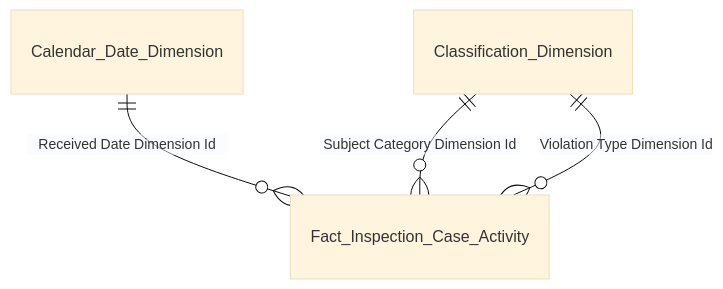
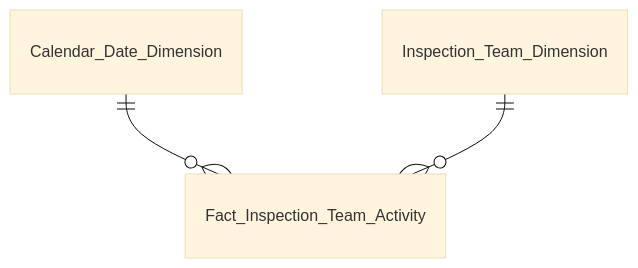
One commit to linhlvit/ubck_atomic_design changed the first of 8 diagrams in Datamart/hld/DTM_TT_Entities.md. Above: the diagram before and after it, drawn with Mermaid (base theme). The commit also changed other lines of this file and 41 other files, not shown here.

````diff
--- a/Datamart/hld/DTM_TT_Entities.md
+++ b/Datamart/hld/DTM_TT_Entities.md
@@ -15,6 +9,5 @@
 ```mermaid
 erDiagram
-    Calendar_Date_Dimension ||--o{ Fact_Inspection_Case_Activity : "Received Date Dimension Id"
-    Classification_Dimension ||--o{ Fact_Inspection_Case_Activity : "Subject Category Dimension Id"
-    Classification_Dimension ||--o{ Fact_Inspection_Case_Activity : "Violation Type Dimension Id"
+    Calendar_Date_Dimension ||--o{ Fact_Inspection_Team_Activity : " "
+    Inspection_Team_Dimension ||--o{ Fact_Inspection_Team_Activity : " "
 ```
````
